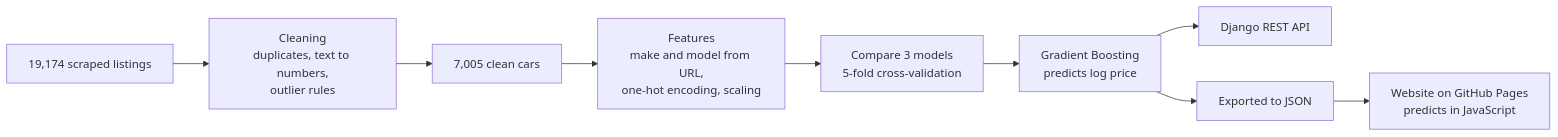
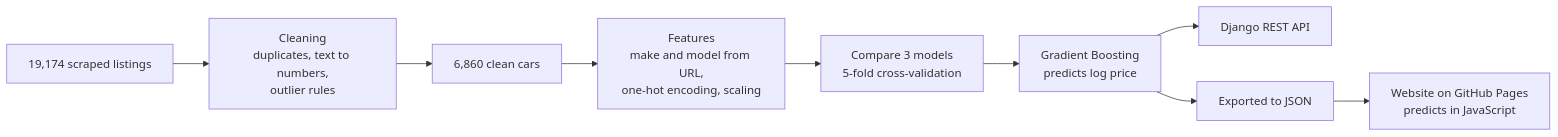
The diagram in README.md (devshayanai-code/pak-wheels-price-predictor), drawn with Mermaid before and after one commit. The commit also changed other lines of this file and 17 other files, not shown here.

````diff
--- a/README.md
+++ b/README.md
@@ -54,11 +59,11 @@
 ```mermaid
 flowchart LR
     A[19,174 scraped listings] --> B[Cleaning<br/>duplicates, text to numbers,<br/>outlier rules]
-    B --> C[7,005 clean cars]
+    B --> C[6,860 clean cars]
     C --> D[Features<br/>make and model from URL,<br/>one-hot encoding, scaling]
     D --> E[Compare 3 models<br/>5-fold cross-validation]
     E --> F[Gradient Boosting<br/>predicts log price]
     F --> G[Django REST API]
     F --> I[Exported to JSON]
     I --> J[Website on GitHub Pages<br/>predicts in JavaScript]
 ```
````
